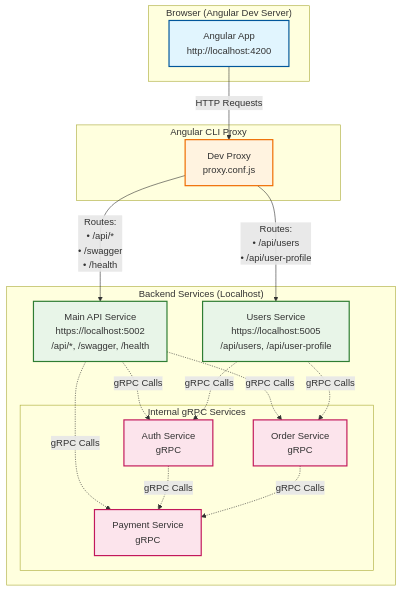
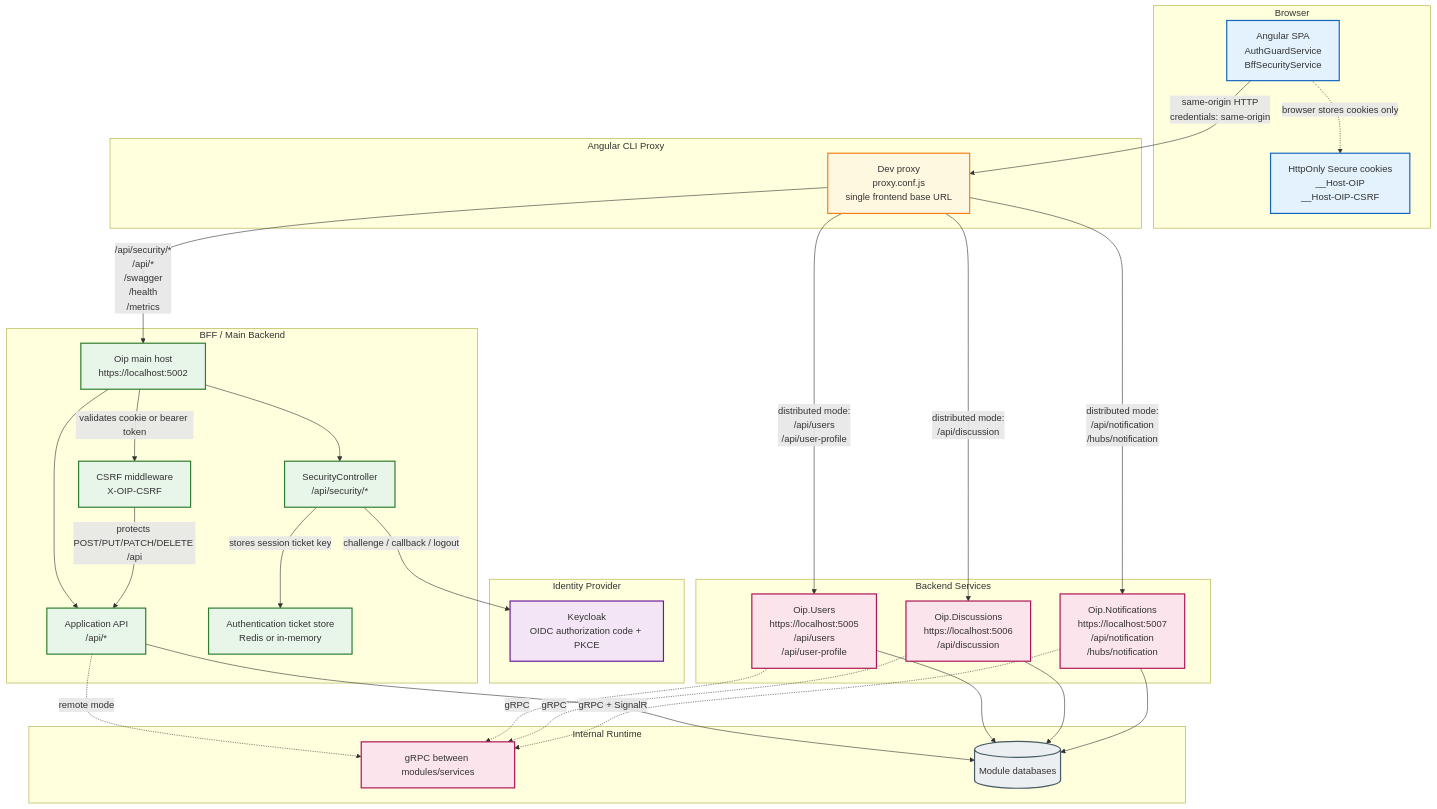
The diagram in doc/ru/ApplicationArchitecture.md (g10101k/Oip), drawn with Mermaid before and after one commit. The commit also changed other lines of this file and 6 other files, not shown here.

````diff
--- a/doc/ru/ApplicationArchitecture.md
+++ b/doc/ru/ApplicationArchitecture.md
@@ -1,54 +6,70 @@
 ```mermaid
 graph TB
-    %% Клиентская часть
-    subgraph "Browser (Angular Dev Server)"
-        FE[Angular App<br/>http://localhost:4200]
+    subgraph "Browser"
+        FE[Angular SPA<br/>AuthGuardService<br/>BffSecurityService]
+        COOKIE[HttpOnly Secure cookies<br/>__Host-OIP<br/>__Host-OIP-CSRF]
     end
 
-    %% Прокси разработки
     subgraph "Angular CLI Proxy"
-        PROXY[Dev Proxy<br/>proxy.conf.js]
+        PROXY[Dev proxy<br/>proxy.conf.js<br/>single frontend base URL]
     end
 
-    %% Бэкенд сервисы
-    subgraph "Backend Services (Localhost)"
-        GW[Main API Service<br/>https://localhost:5002<br/>/api/*, /swagger, /health]
-        USERS[Users Service<br/>https://localhost:5005<br/>/api/users, /api/user-profile]
-        
-        %% Другие gRPC сервисы
-        subgraph "Internal gRPC Services"
-            SVC1[Auth Service<br/>gRPC]
-            SVC2[Order Service<br/>gRPC]
-            SVC3[Payment Service<br/>gRPC]
-        end
+    subgraph "BFF / Main Backend"
+        BFF[Oip main host<br/>https://localhost:5002]
+        SECURITY[SecurityController<br/>/api/security/*]
+        API[Application API<br/>/api/*]
+        CSRF[CSRF middleware<br/>X-OIP-CSRF]
+        TICKET[Authentication ticket store<br/>Redis or in-memory]
     end
 
-    %% Соединения Frontend
-    FE -- "HTTP Requests" --> PROXY
-    
-    %% Прокси маршрутизация
-    PROXY -- "Routes:<br/>• /api/users<br/>• /api/user-profile" --> USERS
-    PROXY -- "Routes:<br/>• /api/*<br/>• /swagger<br/>• /health" --> GW
-    
-    %% gRPC взаимодействия между сервисами
-    GW -.->|gRPC Calls| SVC1
-    GW -.->|gRPC Calls| SVC2
-    GW -.->|gRPC Calls| SVC3
-    
-    USERS -.->|gRPC Calls| SVC1
-    USERS -.->|gRPC Calls| SVC2
-    
-    SVC1 -.->|gRPC Calls| SVC3
-    SVC2 -.->|gRPC Calls| SVC3
+    subgraph "Identity Provider"
+        KC[Keycloak<br/>OIDC authorization code + PKCE]
+    end
 
-    %% Легенда и стили
-    classDef frontend fill:#e1f5fe,stroke:#01579b,stroke-width:2px
-    classDef proxy fill:#fff3e0,stroke:#ef6c00,stroke-width:2px
-    classDef httpService fill:#e8f5e8,stroke:#2e7d32,stroke-width:2px
-    classDef grpcService fill:#fce4ec,stroke:#c2185b,stroke-width:2px
-    
-    class FE frontend
+    subgraph "Backend Services"
+        USERS[Oip.Users<br/>https://localhost:5005<br/>/api/users<br/>/api/user-profile]
+        DISCUSSIONS[Oip.Discussions<br/>https://localhost:5006<br/>/api/discussion]
+        NOTIFICATIONS[Oip.Notifications<br/>https://localhost:5007<br/>/api/notification<br/>/hubs/notification]
+    end
+
+    subgraph "Internal Runtime"
+        GRPC[gRPC between modules/services]
+        DB[(Module databases)]
+    end
+
+    FE -->|same-origin HTTP<br/>credentials: same-origin| PROXY
+    FE -.->|browser stores cookies only| COOKIE
+    PROXY -->|/api/security/*<br/>/api/*<br/>/swagger<br/>/health<br/>/metrics| BFF
+    PROXY -->|distributed mode:<br/>/api/users<br/>/api/user-profile| USERS
+    PROXY -->|distributed mode:<br/>/api/discussion| DISCUSSIONS
+    PROXY -->|distributed mode:<br/>/api/notification<br/>/hubs/notification| NOTIFICATIONS
+
+    BFF --> SECURITY
+    BFF --> API
+    SECURITY -->|challenge / callback / logout| KC
+    SECURITY -->|stores session ticket key| TICKET
+    BFF -->|validates cookie or bearer token| CSRF
+    CSRF -->|protects POST/PUT/PATCH/DELETE /api| API
+    API -.->|remote mode| GRPC
+    USERS -.->|gRPC| GRPC
+    DISCUSSIONS -.->|gRPC| GRPC
+    NOTIFICATIONS -.->|gRPC + SignalR| GRPC
+    API --> DB
+    USERS --> DB
+    DISCUSSIONS --> DB
+    NOTIFICATIONS --> DB
+
+    classDef frontend fill:#e3f2fd,stroke:#1565c0,stroke-width:2px
+    classDef proxy fill:#fff8e1,stroke:#f57f17,stroke-width:2px
+    classDef bff fill:#e8f5e9,stroke:#2e7d32,stroke-width:2px
+    classDef identity fill:#f3e5f5,stroke:#6a1b9a,stroke-width:2px
+    classDef service fill:#fce4ec,stroke:#ad1457,stroke-width:2px
+    classDef data fill:#eceff1,stroke:#455a64,stroke-width:2px
+
+    class FE,COOKIE frontend
     class PROXY proxy
-    class GW,USERS httpService
-    class SVC1,SVC2,SVC3 grpcService
+    class BFF,SECURITY,API,CSRF,TICKET bff
+    class KC identity
+    class USERS,DISCUSSIONS,NOTIFICATIONS,GRPC service
+    class DB data
 ```
````
